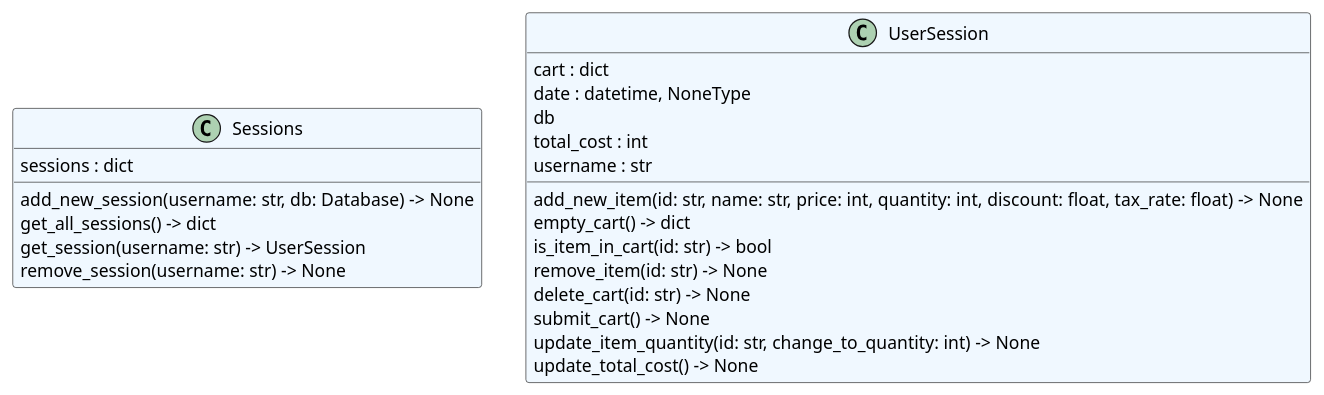
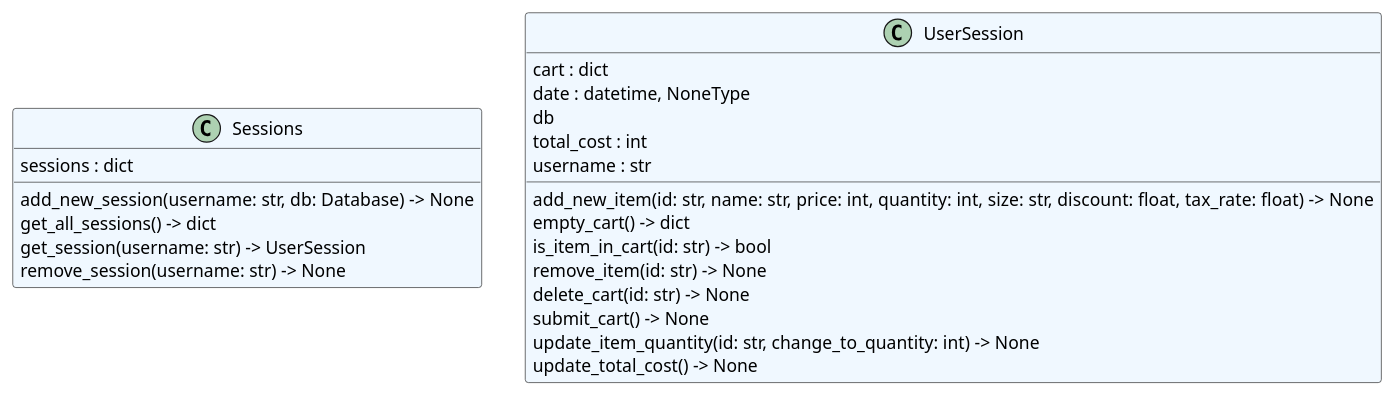
One commit to Likeableleaf/onlineStoreTemplate changed the diagram in core/core_classes.puml. Above: the diagram before and after it, drawn with PlantUML. The commit also changed 4 other files, not shown here.

```diff
--- a/core/core_classes.puml
+++ b/core/core_classes.puml
@@ -1,25 +1,25 @@
 @startuml classes
 set namespaceSeparator none
 class "Sessions" as store.core.session.Sessions #aliceblue {
   sessions : dict
   add_new_session(username: str, db: Database) -> None
   get_all_sessions() -> dict
   get_session(username: str) -> UserSession
   remove_session(username: str) -> None
 }
 class "UserSession" as store.core.session.UserSession #aliceblue {
   cart : dict
   date : datetime, NoneType
   db
   total_cost : int
   username : str
-  add_new_item(id: str, name: str, price: int, quantity: int, discount: float, tax_rate: float) -> None
+  add_new_item(id: str, name: str, price: int, quantity: int, size: str, discount: float, tax_rate: float) -> None
   empty_cart() -> dict
   is_item_in_cart(id: str) -> bool
   remove_item(id: str) -> None
   delete_cart(id: str) -> None
   submit_cart() -> None
   update_item_quantity(id: str, change_to_quantity: int) -> None
   update_total_cost() -> None
 }
 @enduml
```
